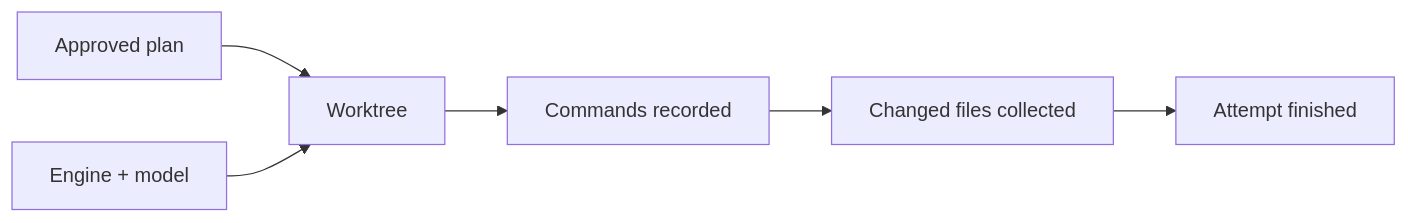
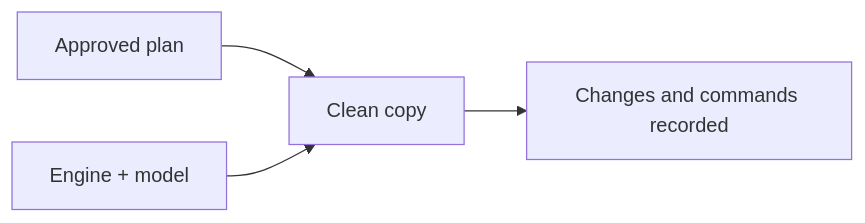
Before and after one commit to michaelatamuk/openjiuwen-works: the sixth of 11 diagrams in docs/guides/how-a-fix-flows.md, drawn with Mermaid. The commit also changed other lines of this file and 47 other files, not shown here.

````diff
--- a/docs/guides/how-a-fix-flows.md
+++ b/docs/guides/how-a-fix-flows.md
@@ -109,8 +113,6 @@
 ```mermaid
 flowchart LR
-    P[Approved plan] --> W[Worktree]
+    P[Approved plan] --> W[Clean copy]
     E[Engine + model] --> W
-    W --> C[Commands recorded]
-    C --> D[Changed files collected]
-    D --> N[Attempt finished]
+    W --> C[Changes and commands recorded]
 ```
````
